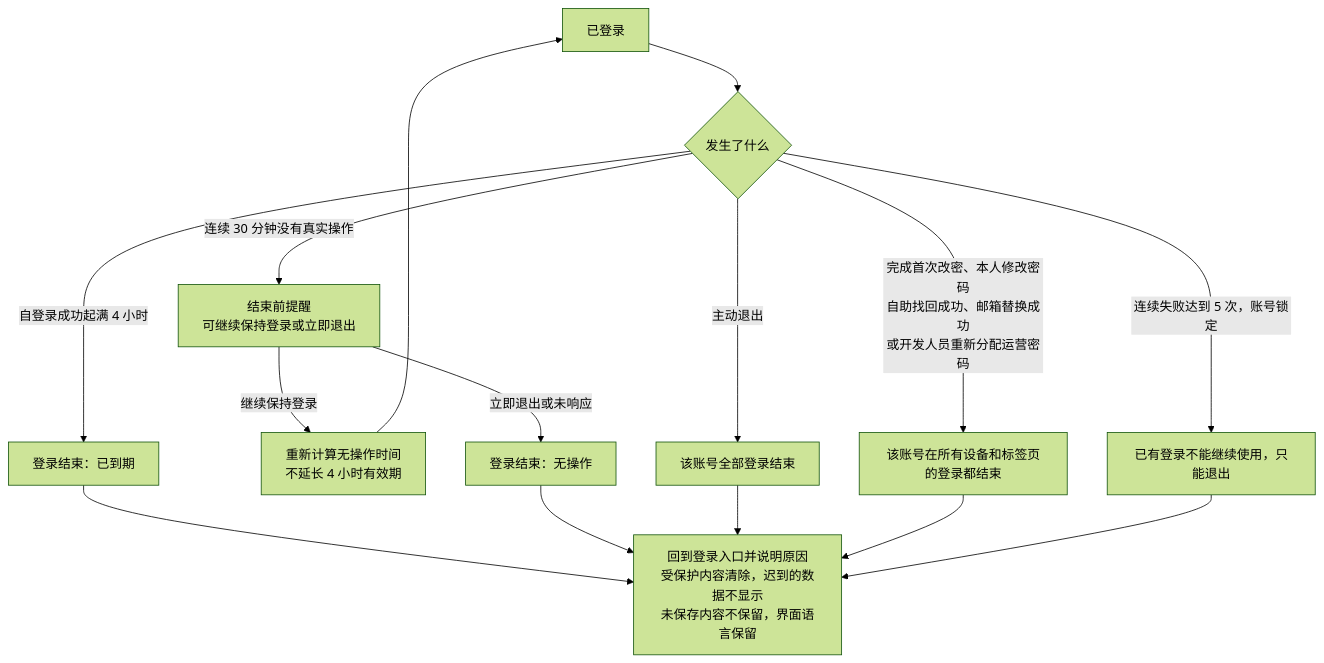
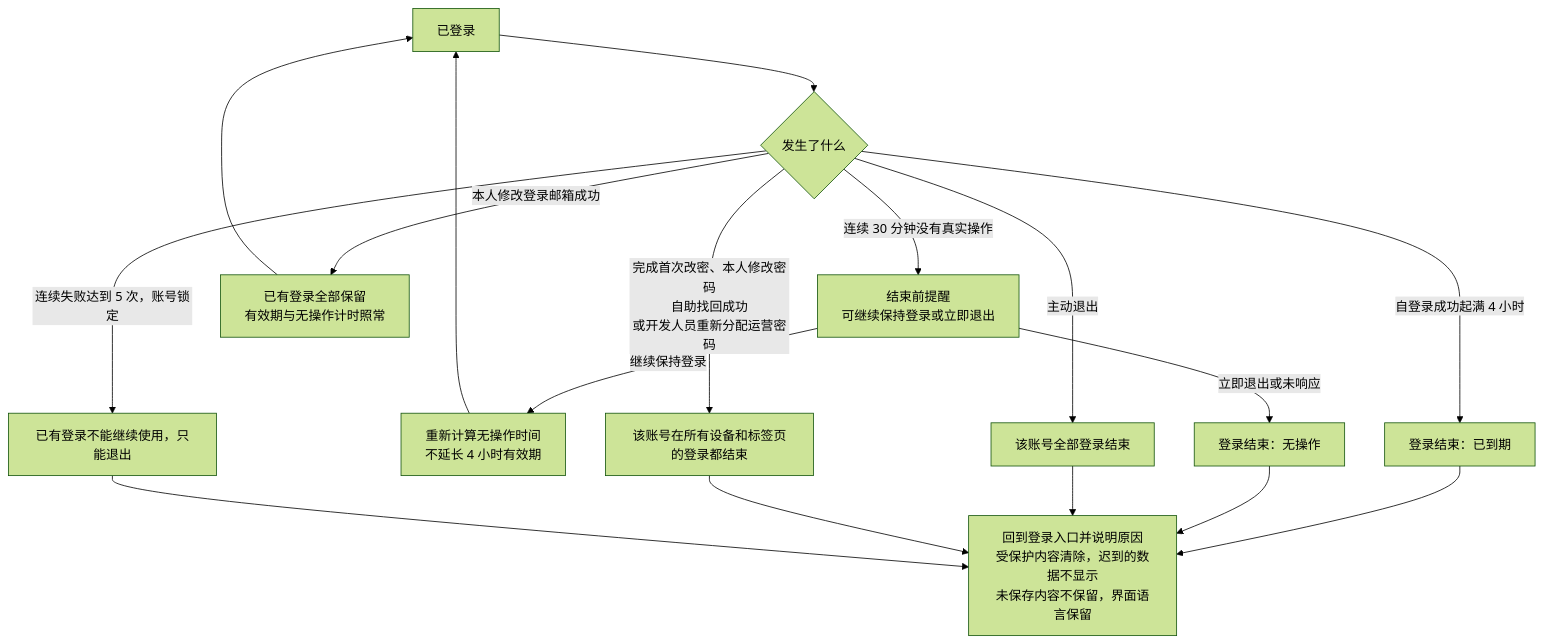
Before and after one commit to wxblockchain/Chain-Financing: the second of 9 diagrams in token-issuance-platform/PRD/管理端/M5-管理端登录与权限/02-管理端登录与权限-流程图与状态机.md, drawn with Mermaid (forest theme). The commit also changed other lines of this file and 33 other files, not shown here.

````diff
--- a/token-issuance-platform/PRD/管理端/M5-管理端登录与权限/02-管理端登录与权限-流程图与状态机.md
+++ b/token-issuance-platform/PRD/管理端/M5-管理端登录与权限/02-管理端登录与权限-流程图与状态机.md
@@ -48,17 +49,19 @@
 ```mermaid
 flowchart TD
     A[已登录] --> B{发生了什么}
     B -->|自登录成功起满 4 小时| C[登录结束：已到期]
     B -->|连续 30 分钟没有真实操作| D[结束前提醒<br/>可继续保持登录或立即退出]
     D -->|继续保持登录| D1[重新计算无操作时间<br/>不延长 4 小时有效期]
     D1 --> A
     D -->|立即退出或未响应| E[登录结束：无操作]
     B -->|主动退出| F[该账号全部登录结束]
-    B -->|完成首次改密、本人修改密码<br/>自助找回成功、邮箱替换成功<br/>或开发人员重新分配运营密码| G[该账号在所有设备和标签页的登录都结束]
+    B -->|完成首次改密、本人修改密码<br/>自助找回成功<br/>或开发人员重新分配运营密码| G[该账号在所有设备和标签页的登录都结束]
+    B -->|本人修改登录邮箱成功| K[已有登录全部保留<br/>有效期与无操作计时照常]
+    K --> A
     B -->|连续失败达到 5 次，账号锁定| H[已有登录不能继续使用，只能退出]
     C --> Z[回到登录入口并说明原因<br/>受保护内容清除，迟到的数据不显示<br/>未保存内容不保留，界面语言保留]
     E --> Z
     F --> Z
     G --> Z
     H --> Z
 ```
````
